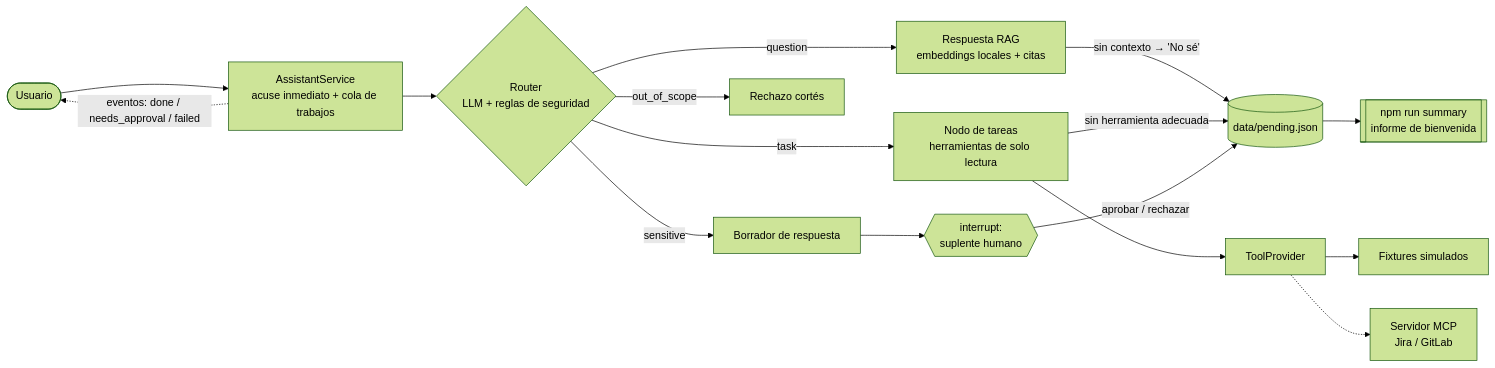
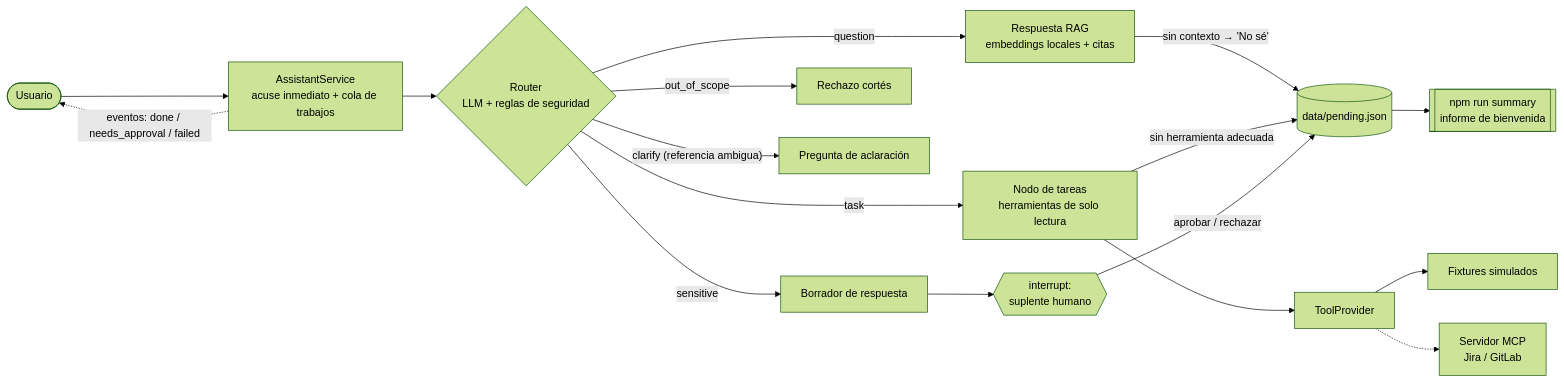
The diagram in README.md (serranitoFlock/suplente-digital), drawn with Mermaid (forest theme) before and after one commit. The commit also changed other lines of this file and 17 other files, not shown here.

````diff
--- a/README.md
+++ b/README.md
@@ -88,17 +88,18 @@
 ```mermaid
 flowchart LR
     U([Usuario]) --> SV[AssistantService<br/>acuse inmediato + cola de trabajos]
     SV -. "eventos: done / needs_approval / failed" .-> U
     SV --> R{Router<br/>LLM + reglas de seguridad}
     R -- question --> A[Respuesta RAG<br/>embeddings locales + citas]
     R -- task --> T[Nodo de tareas<br/>herramientas de solo lectura]
     R -- sensitive --> D[Borrador de respuesta] --> H{{interrupt:<br/>suplente humano}}
     R -- out_of_scope --> O[Rechazo cortés]
+    R -- "clarify (referencia ambigua)" --> C[Pregunta de aclaración]
     A -- "sin contexto → 'No sé'" --> P[(data/pending.json)]
     T -- sin herramienta adecuada --> P
     H -- aprobar / rechazar --> P
     T --> TP[ToolProvider]
     TP --> M[Fixtures simulados]
     TP -.-> MCP[Servidor MCP<br/>Jira / GitLab]
     P --> S[[npm run summary<br/>informe de bienvenida]]
 ```
````
